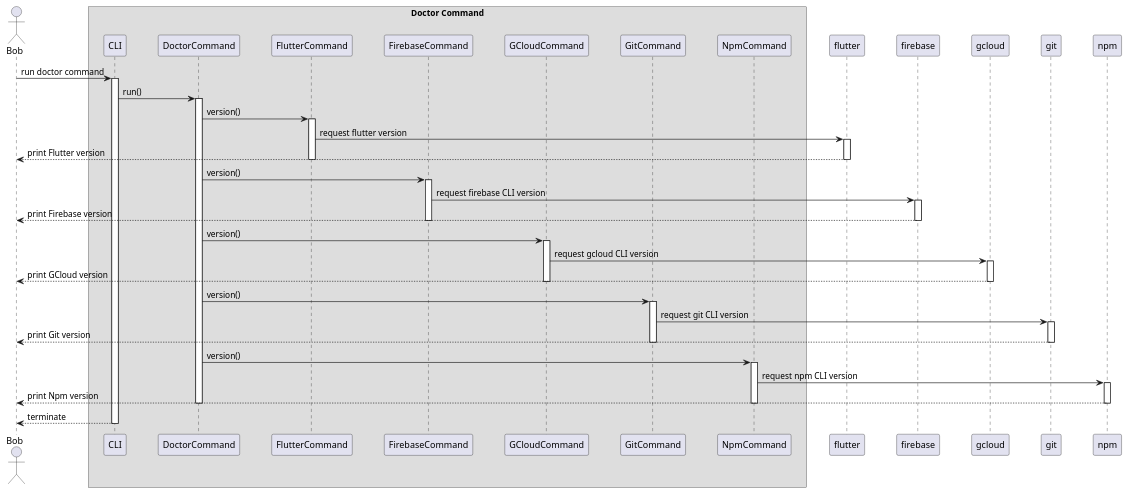
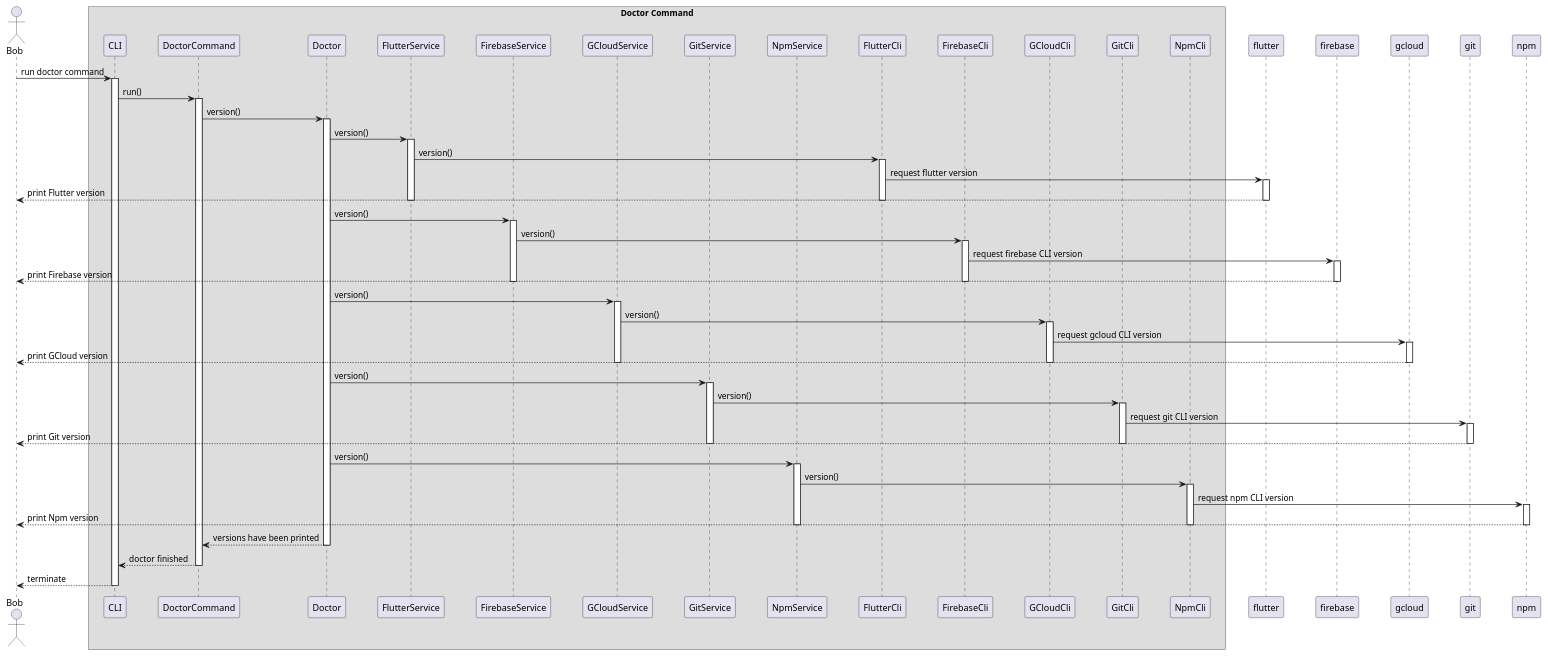
Before and after one commit to Flank/flank-dashboard: the diagram in metrics/cli/docs/diagrams/doctor_command_sequence_diagram.puml, drawn with PlantUML. The commit also changed 2 other files, not shown here.

Commit message:
[WIP] Update sequence diagrams

```diff
--- a/metrics/cli/docs/diagrams/doctor_command_sequence_diagram.puml
+++ b/metrics/cli/docs/diagrams/doctor_command_sequence_diagram.puml
@@ -1,58 +1,78 @@
 @startuml doctor_command_sequence_diagram
 
 skinparam ParticipantPadding 20
 skinparam BoxPadding 10
 
 actor Bob
 
 box Doctor Command
-    participant CLI
-    participant DoctorCommand
-    participant FlutterCommand
-    participant FirebaseCommand
-    participant GCloudCommand
-    participant GitCommand
-    participant NpmCommand
+participant CLI
+participant DoctorCommand
+participant Doctor
+
+participant FlutterService
+participant FirebaseService
+participant GCloudService
+participant GitService
+participant NpmService
+
+participant FlutterCli
+participant FirebaseCli
+participant GCloudCli
+participant GitCli
+participant NpmCli
+
 end box
 
 participant flutter
+participant firebase
+participant gcloud
+participant git
+participant npm
 
-participant firebase
-
-participant gcloud
-
-participant git
-
-participant npm
 
 Bob -> CLI ++ : run doctor command
 CLI -> DoctorCommand ++ : run()
-DoctorCommand -> FlutterCommand ++ : version()
-FlutterCommand -> flutter ++ : request flutter version
+DoctorCommand -> Doctor ++ : version()
+
+Doctor -> FlutterService ++ : version()
+FlutterService -> FlutterCli ++ : version()
+FlutterCli -> flutter ++ : request flutter version
 flutter --> Bob -- : print Flutter version
-FlutterCommand --
+FlutterService --
+FlutterCli --
 
-DoctorCommand -> FirebaseCommand ++ : version()
-FirebaseCommand -> firebase ++ : request firebase CLI version
+Doctor -> FirebaseService ++ : version()
+FirebaseService -> FirebaseCli ++ : version()
+FirebaseCli -> firebase ++ : request firebase CLI version
 firebase --> Bob -- : print Firebase version
-FirebaseCommand --
+FirebaseService --
+FirebaseCli --
 
-DoctorCommand -> GCloudCommand ++ : version()
-GCloudCommand -> gcloud ++ : request gcloud CLI version
+Doctor -> GCloudService ++ : version()
+GCloudService -> GCloudCli ++ : version()
+GCloudCli -> gcloud ++ : request gcloud CLI version
 gcloud --> Bob -- : print GCloud version
-GCloudCommand --
+GCloudService --
+GCloudCli --
 
-DoctorCommand -> GitCommand ++ : version()
-GitCommand -> git ++ : request git CLI version
+Doctor -> GitService ++ : version()
+GitService -> GitCli ++ : version()
+GitCli -> git ++ : request git CLI version
 git --> Bob -- : print Git version
-GitCommand --
+GitService --
+GitCli --
 
-DoctorCommand -> NpmCommand ++ : version()
-NpmCommand -> npm ++ : request npm CLI version
+Doctor -> NpmService ++ : version()
+NpmService -> NpmCli ++ : version()
+NpmCli -> npm ++ : request npm CLI version
 npm --> Bob -- : print Npm version
-NpmCommand --
-DoctorCommand --
+NpmService --
+NpmCli --
+
+Doctor --> DoctorCommand -- : versions have been printed
+DoctorCommand --> CLI -- : doctor finished
 
 CLI --> Bob -- : terminate
 
 @enduml
```
